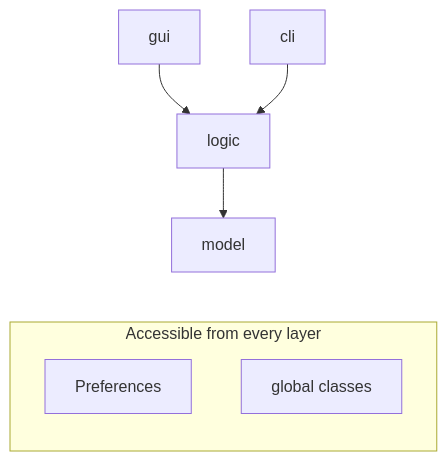
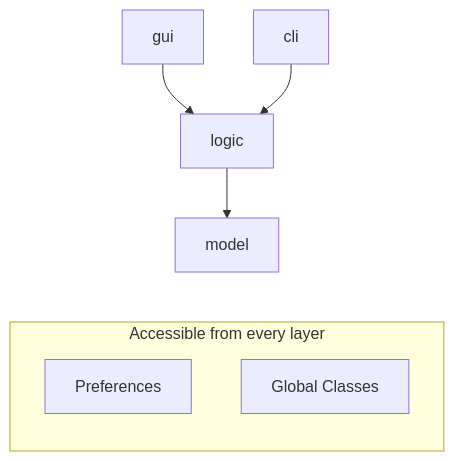
One commit to JabRef/jabref changed the diagram in docs/architecture-and-components.md. Above: the diagram before and after it, drawn with Mermaid.

````diff
--- a/docs/architecture-and-components.md
+++ b/docs/architecture-and-components.md
@@ -29,20 +29,20 @@
 ```mermaid
 flowchart TD
     subgraph shared["Accessible from every layer"]
         direction TD
         preferences["Preferences"]
-        global["global classes"]
+        global["Global Classes"]
     end
     gui["gui"] --> logic["logic"]
     cli["cli"] --> logic
     logic --> model["model"]
     model ~~~ shared
 
     preferences:::component
     global:::component
     gui:::layer
     logic:::component
     cli:::layer
     model:::component
 
 ```
````
